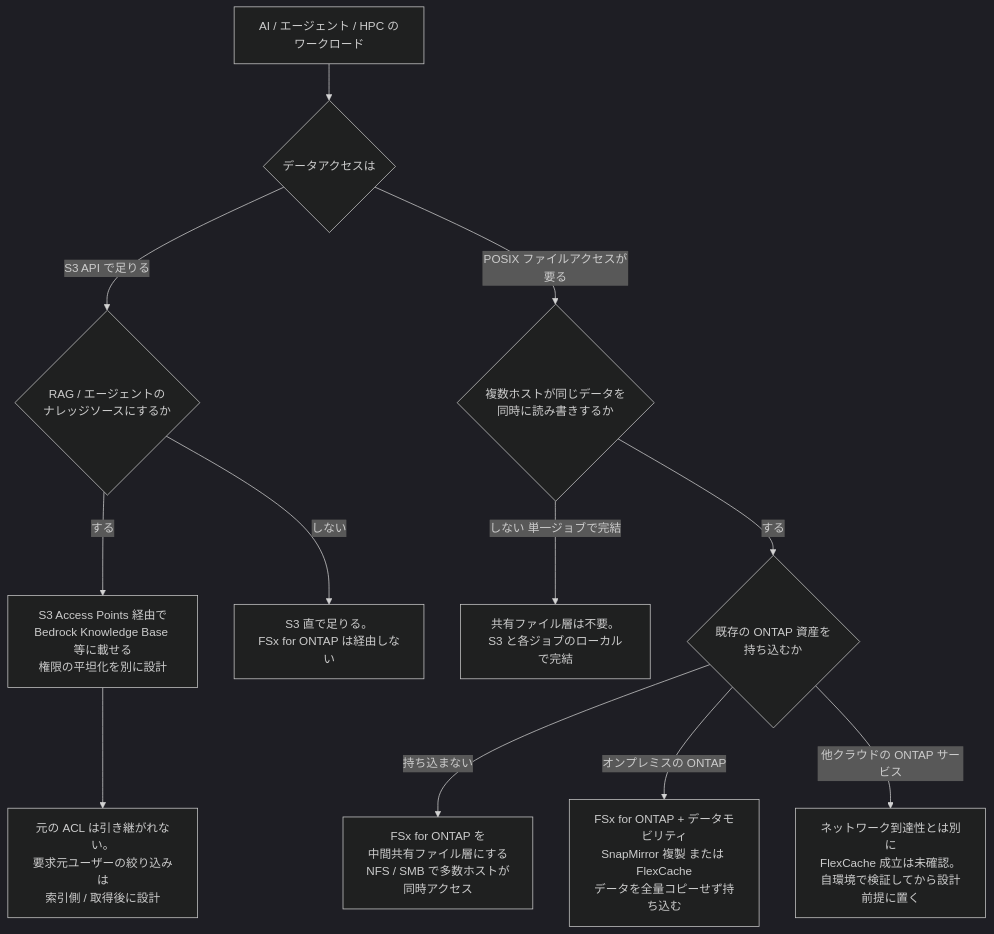
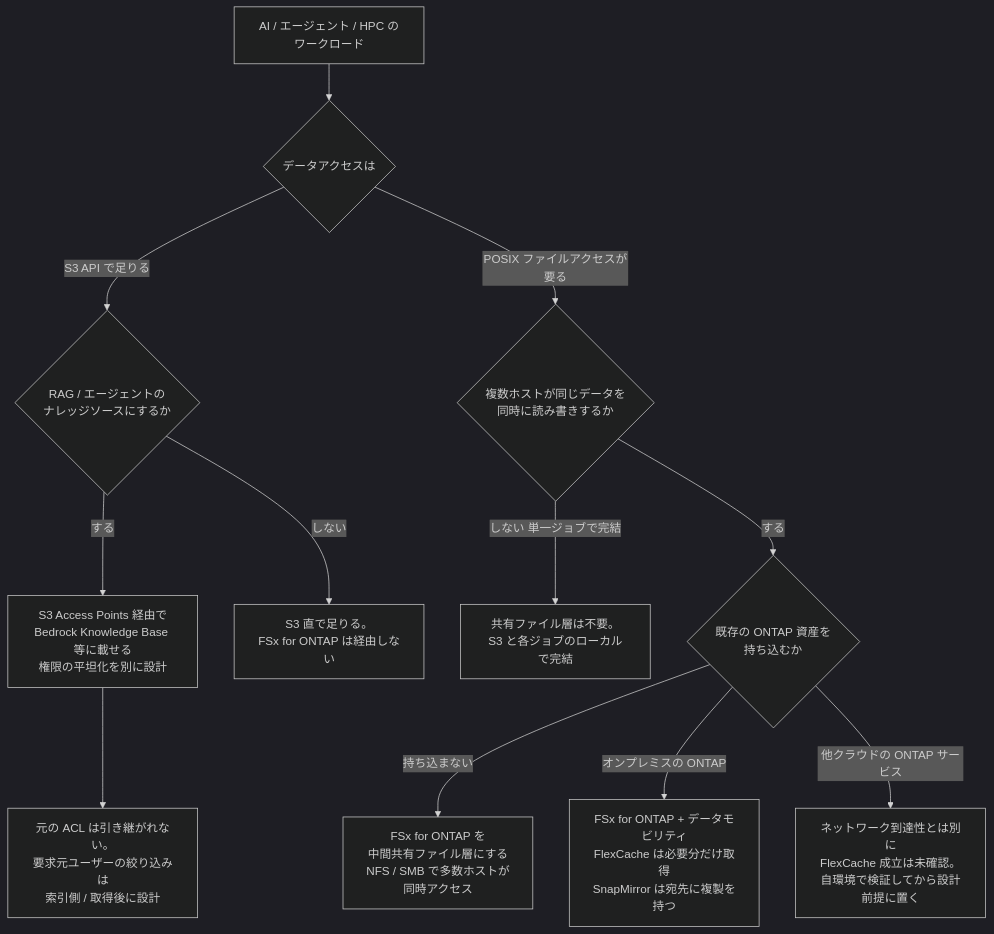
One commit to Yoshiki0705/FSx-for-ONTAP-Adoption-Playbook changed the diagram in docs/ja/reference/decision-trees/ai-workload-data-layer.md. Above: the diagram before and after it, drawn with Mermaid (dark theme). The commit also changed other lines of this file and 29 other files, not shown here.

First line of the commit message:
docs: correct HealthOmics run storage, FlexCache and S3 AP claims

````diff
--- a/docs/ja/reference/decision-trees/ai-workload-data-layer.md
+++ b/docs/ja/reference/decision-trees/ai-workload-data-layer.md
@@ -41,19 +43,19 @@
 ```mermaid
 graph TD
     START[AI / エージェント / HPC のワークロード] --> ACCESS{データアクセスは}
 
     ACCESS -->|S3 API で足りる| MANAGED{RAG / エージェントの<br/>ナレッジソースにするか}
     ACCESS -->|POSIX ファイルアクセスが要る| SHARE{複数ホストが同じデータを<br/>同時に読み書きするか}
 
     SHARE -->|しない 単一ジョブで完結| NOSHARE["共有ファイル層は不要。<br/>S3 と各ジョブのローカルで完結"]
     SHARE -->|する| ASSET{既存の ONTAP 資産を<br/>持ち込むか}
 
     ASSET -->|持ち込まない| FSXN["FSx for ONTAP を<br/>中間共有ファイル層にする<br/>NFS / SMB で多数ホストが同時アクセス"]
-    ASSET -->|オンプレミスの ONTAP| MOBIL["FSx for ONTAP + データモビリティ<br/>SnapMirror 複製 または FlexCache<br/>データを全量コピーせず持ち込む"]
+    ASSET -->|オンプレミスの ONTAP| MOBIL["FSx for ONTAP + データモビリティ<br/>FlexCache は必要分だけ取得<br/>SnapMirror は宛先に複製を持つ"]
     ASSET -->|他クラウドの ONTAP サービス| OPEN["ネットワーク到達性とは別に<br/>FlexCache 成立は未確認。<br/>自環境で検証してから設計前提に置く"]
 
     MANAGED -->|する| RAG["S3 Access Points 経由で<br/>Bedrock Knowledge Base 等に載せる<br/>権限の平坦化を別に設計"]
     MANAGED -->|しない| S3DIRECT["S3 直で足りる。<br/>FSx for ONTAP は経由しない"]
 
     RAG --> PERM["元の ACL は引き継がれない。<br/>要求元ユーザーの絞り込みは<br/>索引側 / 取得後に設計"]
 ```
````
